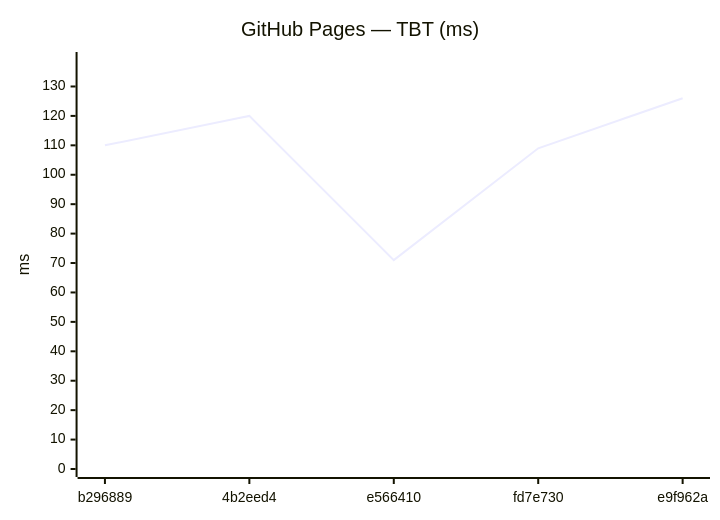
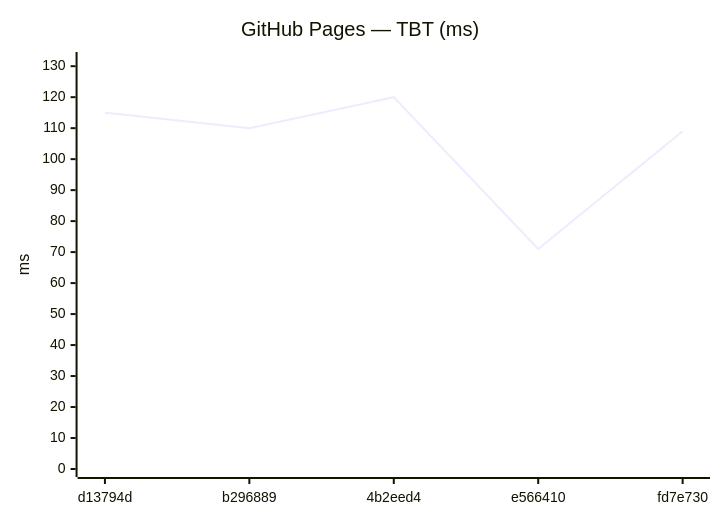
Before and after one commit to Metaheurist/Rianell: the tenth of 18 diagrams in benchmarks/compare.md, drawn with Mermaid. The commit also changed other lines of this file and 11 other files, not shown here.

````diff
--- a/benchmarks/compare.md
+++ b/benchmarks/compare.md
@@ -149,7 +149,7 @@
 ```mermaid
 xychart-beta
     title "GitHub Pages — TBT (ms)"
-    x-axis ["b296889", "4b2eed4", "e566410", "fd7e730", "e9f962a"]
-    y-axis "ms" 0 --> 139
-    line [110, 120, 71, 109, 126]
+    x-axis ["d13794d", "b296889", "4b2eed4", "e566410", "fd7e730"]
+    y-axis "ms" 0 --> 132
+    line [115, 110, 120, 71, 109]
 ```
````
